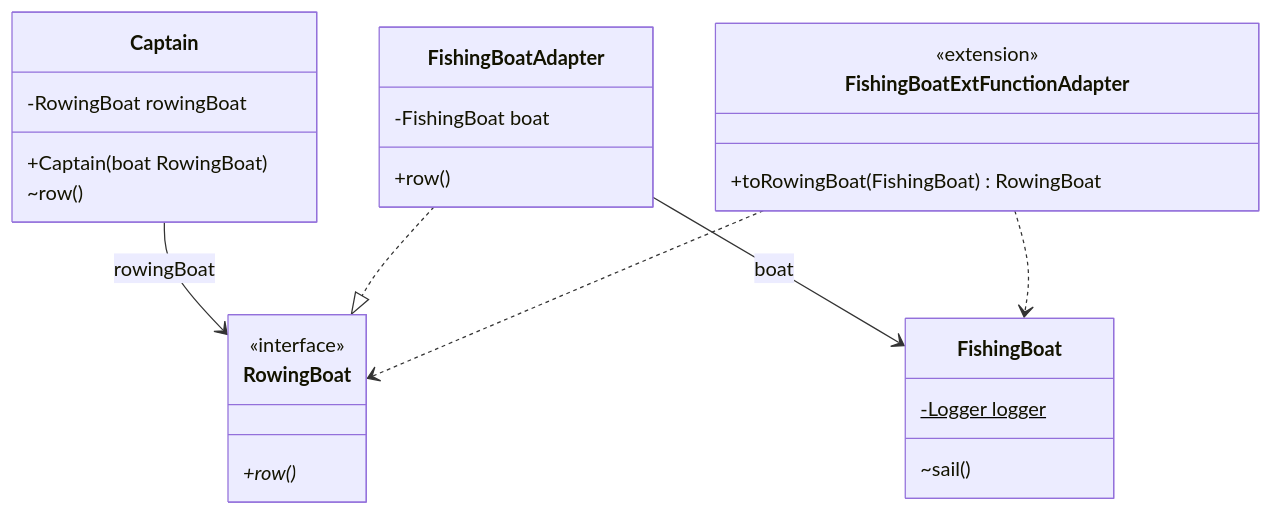
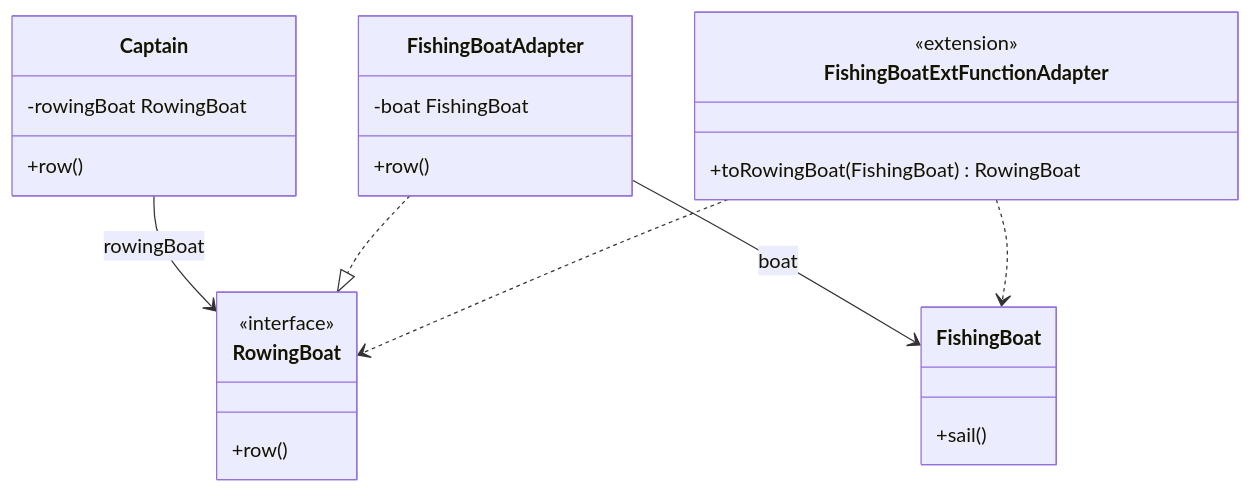
One commit to yonatankarp/kotlin-design-patterns changed the second of 2 diagrams in adapter/README.md. Above: the diagram before and after it, drawn with Mermaid. The commit also changed other lines of this file and 1 other file, not shown here.

````diff
--- a/adapter/README.md
+++ b/adapter/README.md
@@ -119,29 +140,27 @@
 ```mermaid
 classDiagram
     class Captain {
-        -RowingBoat rowingBoat
-        +Captain(boat RowingBoat)
-        ~row()
+        -rowingBoat RowingBoat
+        +row()
     }
     class FishingBoat {
-        -Logger logger$
-        ~sail()
+        +sail()
     }
     class FishingBoatAdapter {
-        -FishingBoat boat
+        -boat FishingBoat
         +row()
     }
     class RowingBoat {
         <<interface>>
-        +row()*
+        +row()
     }
     FishingBoatAdapter --> FishingBoat : boat
     Captain --> RowingBoat : rowingBoat
     FishingBoatAdapter ..|> RowingBoat
     class FishingBoatExtFunctionAdapter {
         <<extension>>
         +toRowingBoat(FishingBoat) RowingBoat
     }
     FishingBoatExtFunctionAdapter ..> FishingBoat
     FishingBoatExtFunctionAdapter ..> RowingBoat
 ```
````
